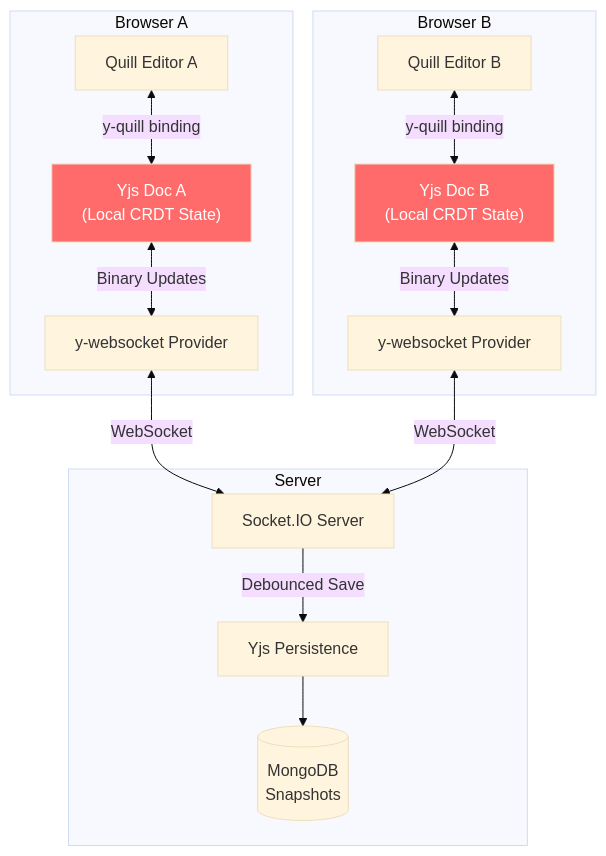
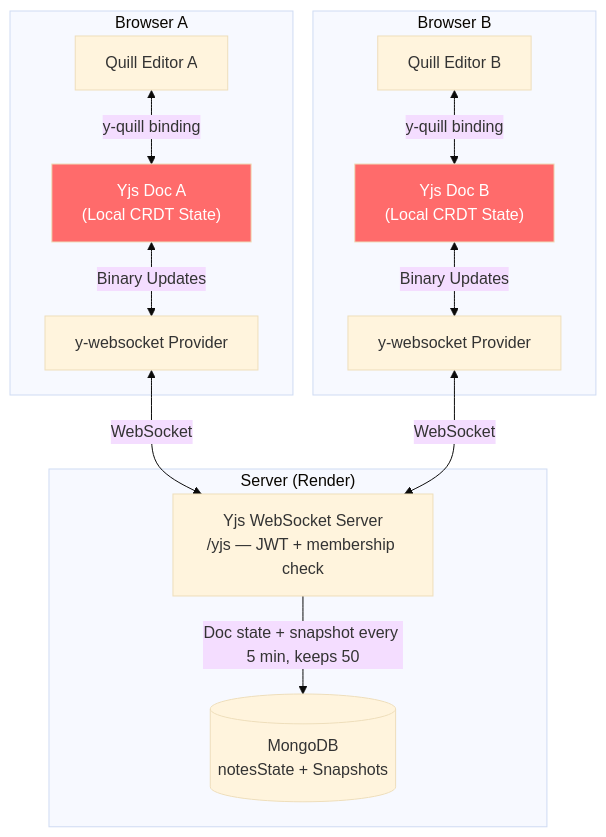
The eighth of 19 diagrams in README.md (Priyansh9506/Hive), drawn with Mermaid (base theme) before and after one commit. The commit also changed other lines of this file and 52 other files, not shown here.

````diff
--- a/README.md
+++ b/README.md
@@ -734,34 +876,32 @@
 ```mermaid
 graph TB
     subgraph Browser_A["Browser A"]
         QA["Quill Editor A"]
         YA["Yjs Doc A<br/>(Local CRDT State)"]
         WA["y-websocket Provider"]
     end
 
     subgraph Browser_B["Browser B"]
         QB["Quill Editor B"]
         YB["Yjs Doc B<br/>(Local CRDT State)"]
         WB["y-websocket Provider"]
     end
 
-    subgraph Server_Layer["Server"]
-        SIO_S["Socket.IO Server"]
-        YS["Yjs Persistence"]
-        MONGO_S[(MongoDB<br/>Snapshots)]
+    subgraph Server_Layer["Server (Render)"]
+        YWS["Yjs WebSocket Server<br/>/yjs — JWT + membership check"]
+        MONGO_S[(MongoDB<br/>notesState + Snapshots)]
     end
 
     QA <-->|y-quill binding| YA
     YA <-->|Binary Updates| WA
-    WA <-->|WebSocket| SIO_S
+    WA <-->|WebSocket| YWS
 
     QB <-->|y-quill binding| YB
     YB <-->|Binary Updates| WB
-    WB <-->|WebSocket| SIO_S
+    WB <-->|WebSocket| YWS
 
-    SIO_S -->|Debounced Save| YS
-    YS --> MONGO_S
+    YWS -->|Doc state + snapshot every 5 min, keeps 50| MONGO_S
 
     style YA fill:#ff6b6b,color:#fff
     style YB fill:#ff6b6b,color:#fff
 ```
````
